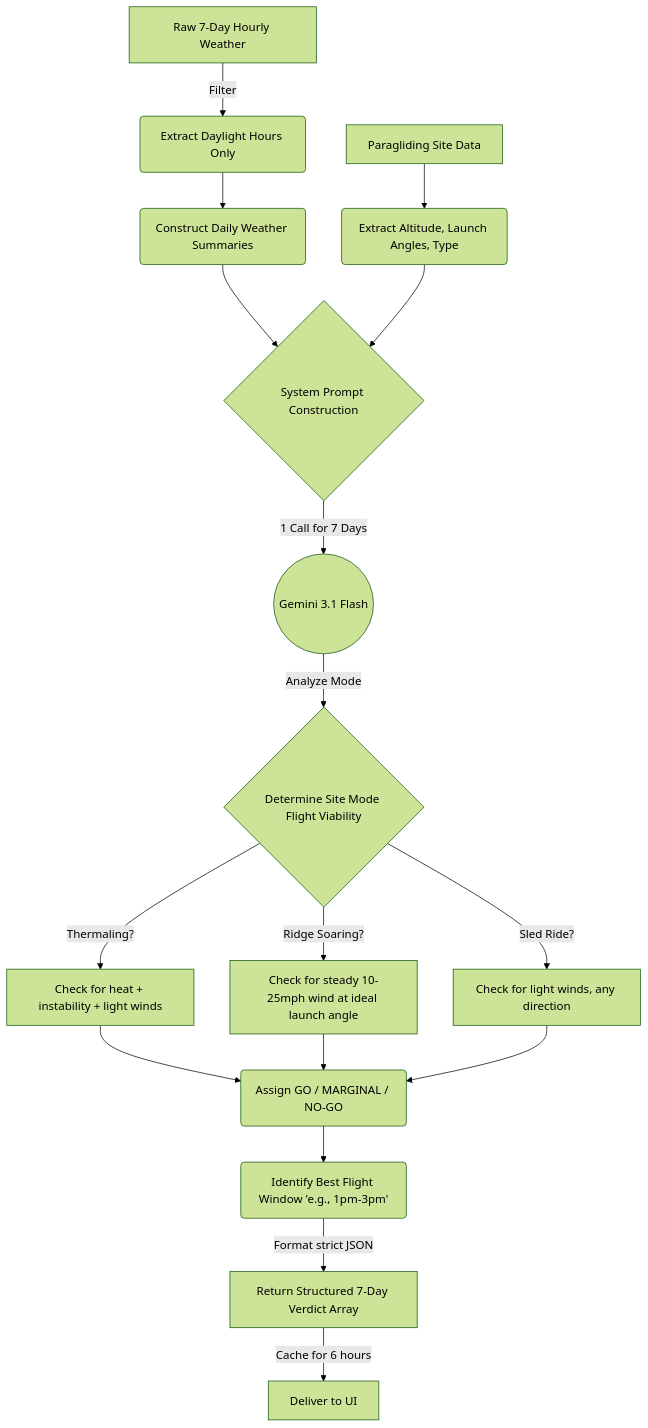
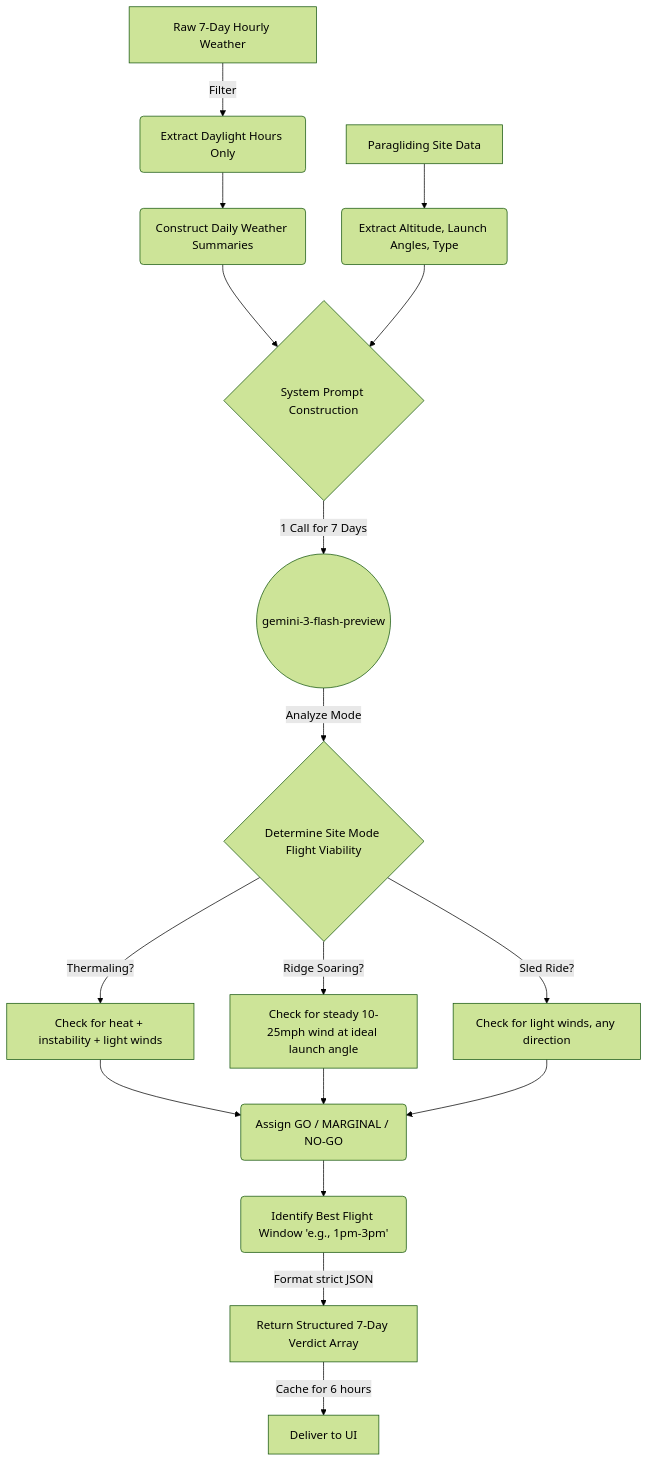
One commit to rupeshdabbir/Paragliding-agent changed the second of 3 diagrams in README.md. Above: the diagram before and after it, drawn with Mermaid (forest theme). The commit also changed other lines of this file and 3 other files, not shown here.

Commit message:
feat: Implement Bring Your Own Key (BYOK) architecture, refine search bar layout and width, and adjust mobile FAB positioning.

````diff
--- a/README.md
+++ b/README.md
@@ -150,23 +158,23 @@
 ```mermaid
 flowchart TD
     A[Raw 7-Day Hourly Weather] -->|Filter| B(Extract Daylight Hours Only)
     B --> C(Construct Daily Weather Summaries)
     
     S[Paragliding Site Data] --> D(Extract Altitude, Launch Angles, Type)
     
     C --> E{System Prompt Construction}
     D --> E
     
-    E -->|1 Call for 7 Days| F((Gemini 3.1 Flash))
+    E -->|1 Call for 7 Days| F((gemini-3-flash-preview))
     
     F -->|Analyze Mode| G{Determine Site Mode Flight Viability}
     G -->|Thermaling?| H[Check for heat + instability + light winds]
     G -->|Ridge Soaring?| I[Check for steady 10-25mph wind at ideal launch angle]
     G -->|Sled Ride?| J[Check for light winds, any direction]
     
     H & I & J --> K(Assign GO / MARGINAL / NO-GO)
     K --> L(Identify Best Flight Window 'e.g., 1pm-3pm')
     
     L -->|Format strict JSON| M[Return Structured 7-Day Verdict Array]
     M -->|Cache for 6 hours| N[Deliver to UI]
 ```
````
